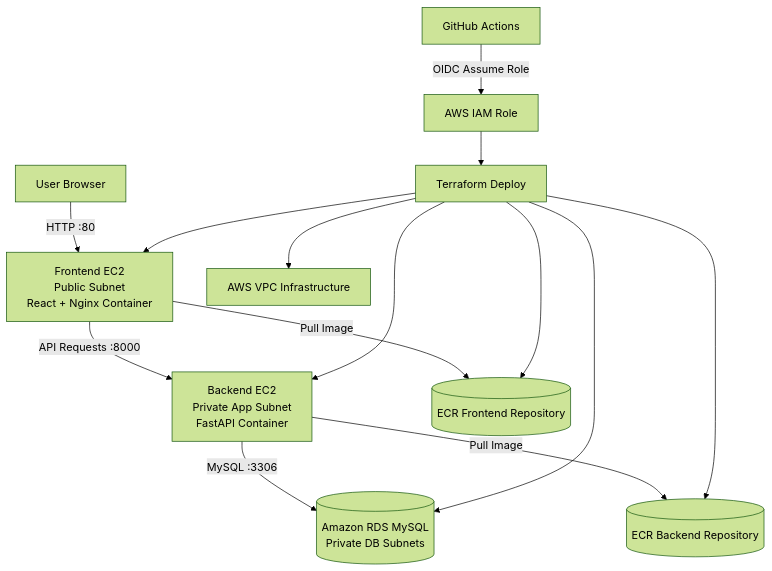
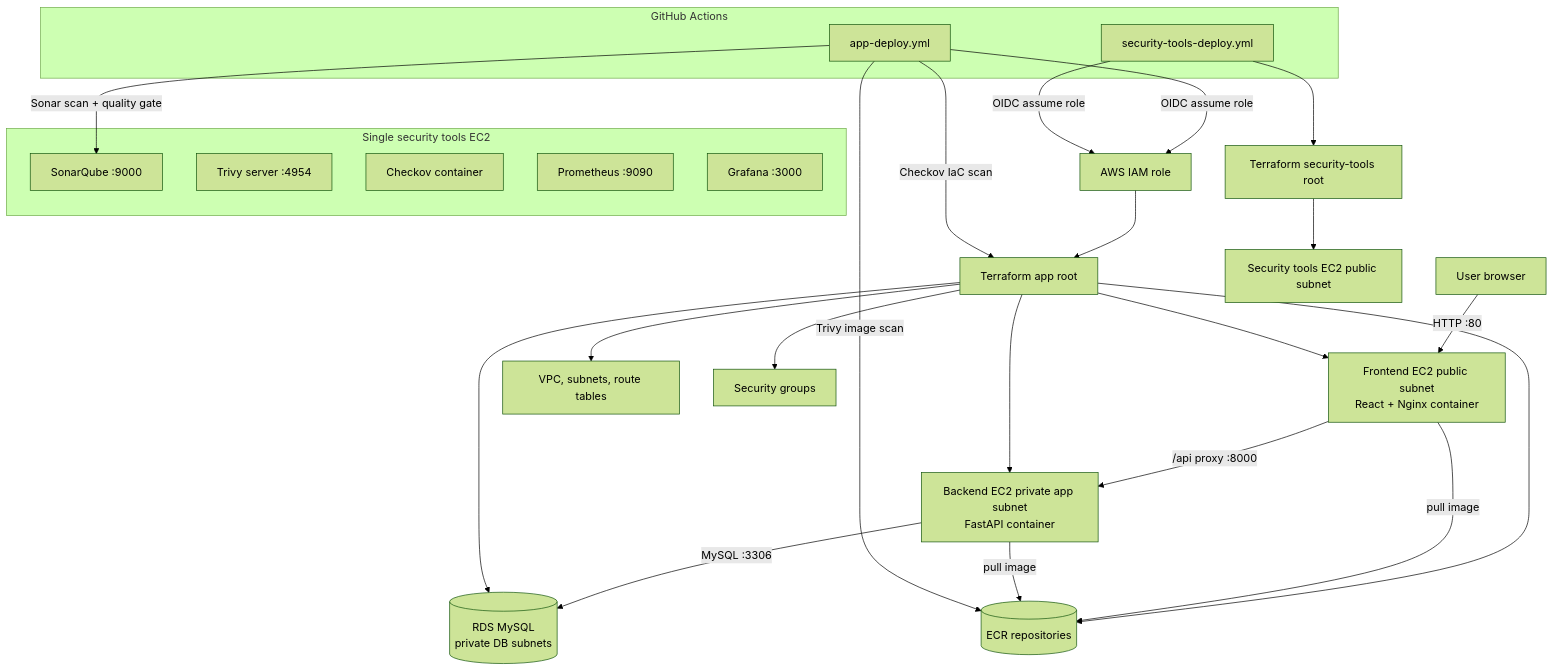
Before and after one commit to Olalekog/todo-3tier-app: the first of 6 diagrams in README.md, drawn with Mermaid (forest theme). The commit also changed other lines of this file, not shown here.

````diff
--- a/README.md
+++ b/README.md
@@ -138,20 +78,39 @@
 ```mermaid
 flowchart TB
-    User[User Browser] -->|HTTP :80| FrontendEC2[Frontend EC2<br/>Public Subnet<br/>React + Nginx Container]
+    User[User browser] -->|HTTP :80| FE[Frontend EC2 public subnet<br/>React + Nginx container]
+    FE -->|/api proxy :8000| BE[Backend EC2 private app subnet<br/>FastAPI container]
+    BE -->|MySQL :3306| DB[(RDS MySQL<br/>private DB subnets)]
 
-    FrontendEC2 -->|API Requests :8000| BackendEC2[Backend EC2<br/>Private App Subnet<br/>FastAPI Container]
+    subgraph CICD[GitHub Actions]
+        AppWF[app-deploy.yml]
+        SecWF[security-tools-deploy.yml]
+    end
 
-    BackendEC2 -->|MySQL :3306| RDS[(Amazon RDS MySQL<br/>Private DB Subnets)]
+    AppWF -->|OIDC assume role| IAM[AWS IAM role]
+    IAM --> TFApp[Terraform app root]
+    TFApp --> VPC[VPC, subnets, route tables]
+    TFApp --> SG[Security groups]
+    TFApp --> ECR[(ECR repositories)]
+    TFApp --> FE
+    TFApp --> BE
+    TFApp --> DB
 
-    FrontendEC2 -->|Pull Image| ECRFrontend[(ECR Frontend Repository)]
-    BackendEC2 -->|Pull Image| ECRBackend[(ECR Backend Repository)]
+    FE -->|pull image| ECR
+    BE -->|pull image| ECR
 
-    GitHub[GitHub Actions] -->|OIDC Assume Role| IAMRole[AWS IAM Role]
-    IAMRole --> Terraform[Terraform Deploy]
-    Terraform --> VPC[AWS VPC Infrastructure]
-    Terraform --> FrontendEC2
-    Terraform --> BackendEC2
-    Terraform --> RDS
-    Terraform --> ECRFrontend
-    Terraform --> ECRBackend
+    SecWF -->|OIDC assume role| IAM
+    SecWF --> TFSec[Terraform security-tools root]
+    TFSec --> ToolsHost[Security tools EC2 public subnet]
+
+    subgraph ToolsBox[Single security tools EC2]
+        SQ[SonarQube :9000]
+        TV[Trivy server :4954]
+        CK[Checkov container]
+        PR[Prometheus :9090]
+        GF[Grafana :3000]
+    end
+
+    AppWF -->|Sonar scan + quality gate| SQ
+    AppWF -->|Trivy image scan| ECR
+    AppWF -->|Checkov IaC scan| TFApp
 ```
````
